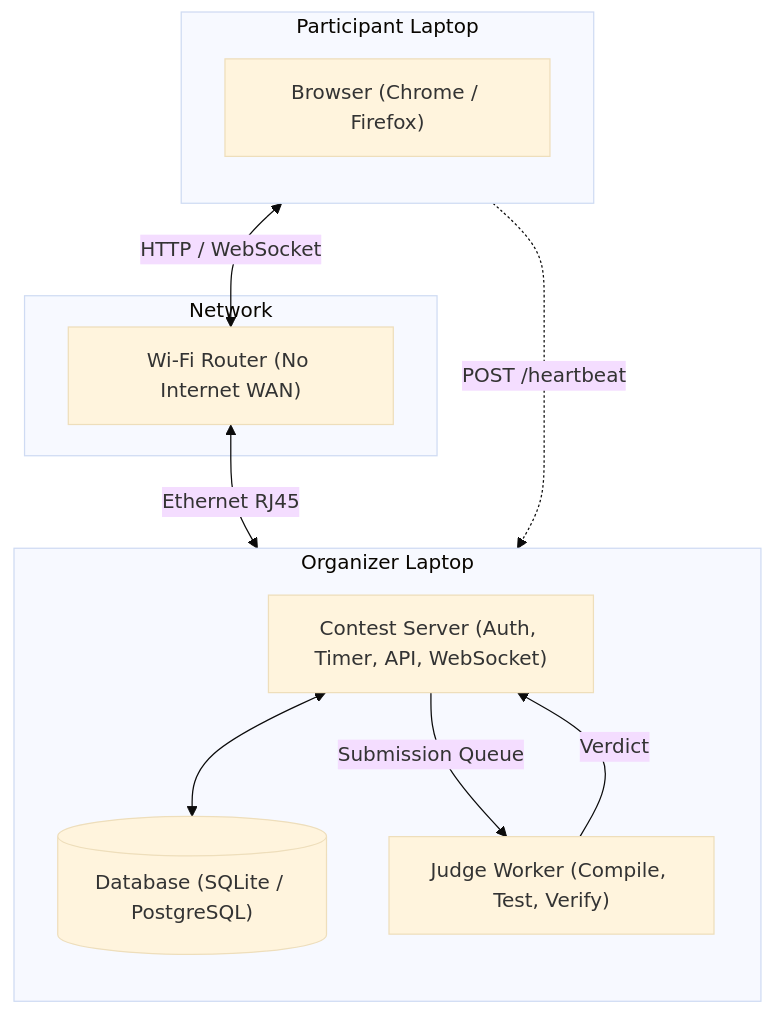
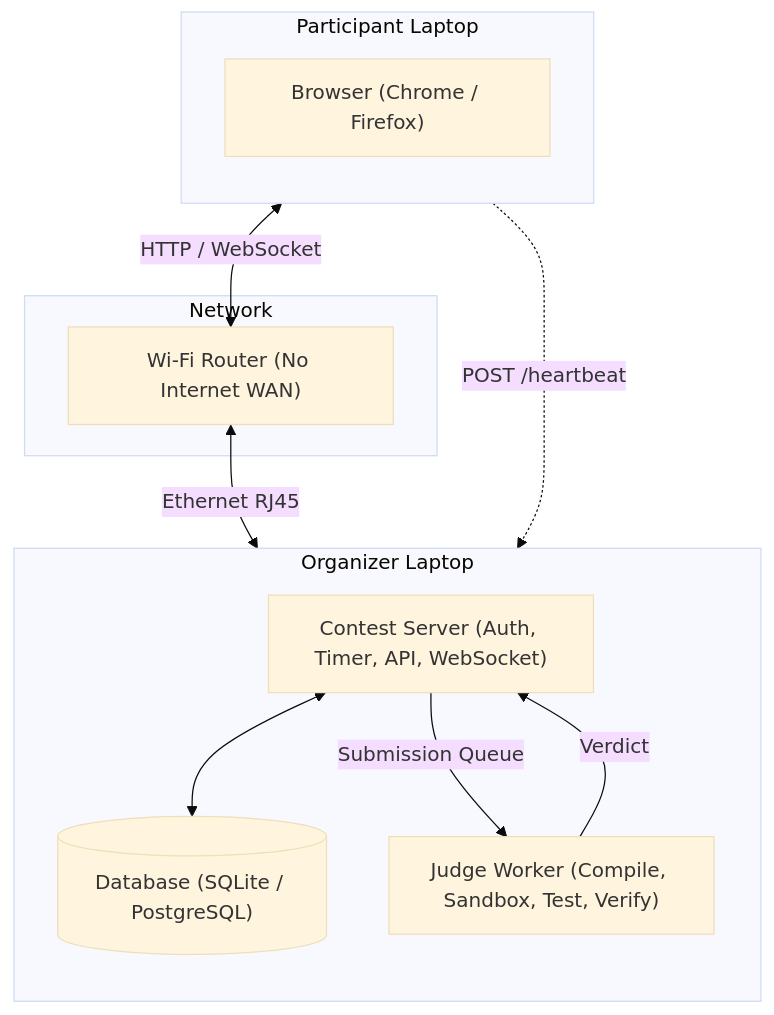
Before and after one commit to mrinmoyChakraborty-mrinox/ByteArena: the first of 8 diagrams in README.md, drawn with Mermaid (base theme). The commit also changed other lines of this file and 2 other files, not shown here.

Commit message:
feat: add detailed architecture documentation and execution roadmap

````diff
--- a/README.md
+++ b/README.md
@@ -20,25 +22,25 @@
 ```mermaid
 flowchart TB
     subgraph Participant["Participant Laptop"]
         direction TB
         B["Browser (Chrome / Firefox)"]
     end
 
     subgraph Server["Organizer Laptop"]
         direction TB
         CS["Contest Server (Auth, Timer, API, WebSocket)"]
-        JW["Judge Worker (Compile, Test, Verify)"]
+        JW["Judge Worker (Compile, Sandbox, Test, Verify)"]
         DB[("Database (SQLite / PostgreSQL)")]
     end
 
     subgraph Network["Network"]
         R["Wi-Fi Router (No Internet WAN)"]
     end
 
     B <-->|HTTP / WebSocket| R
     R <-->|Ethernet RJ45| CS
     CS <--> DB
     CS -->|Submission Queue| JW
     JW -->|Verdict| CS
     B -.->|POST /heartbeat| CS
 ```
````
